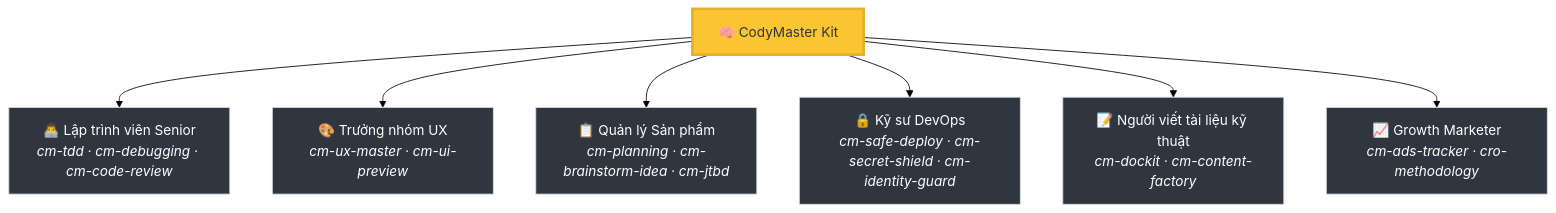
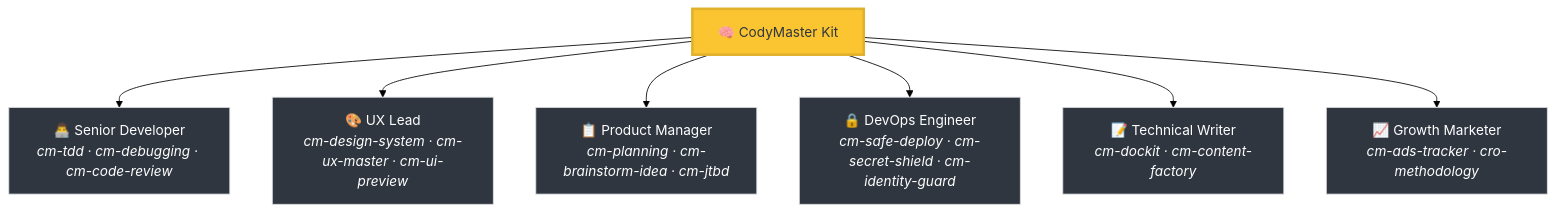
The first of 3 diagrams in README-vi.md (tody-agent/codymaster), drawn with Mermaid (forest theme) before and after one commit. The commit also changed other lines of this file and 57 other files, not shown here.

````diff
--- a/README-vi.md
+++ b/README-vi.md
@@ -56,12 +56,12 @@
 ```mermaid
 graph TD
-    A["🧠 CodyMaster Kit"] --> B["👨‍💻 Lập trình viên Senior<br/><i>cm-tdd · cm-debugging · cm-code-review</i>"]
-    A --> C["🎨 Trưởng nhóm UX<br/><i>cm-ux-master · cm-ui-preview</i>"]
-    A --> D["📋 Quản lý Sản phẩm<br/><i>cm-planning · cm-brainstorm-idea · cm-jtbd</i>"]
-    A --> E["🔒 Kỹ sư DevOps<br/><i>cm-safe-deploy · cm-secret-shield · cm-identity-guard</i>"]
-    A --> F["📝 Người viết tài liệu kỹ thuật<br/><i>cm-dockit · cm-content-factory</i>"]
+    A["🧠 CodyMaster Kit"] --> B["👨‍💻 Senior Developer<br/><i>cm-tdd · cm-debugging · cm-code-review</i>"]
+    A --> C["🎨 UX Lead<br/><i>cm-design-system · cm-ux-master · cm-ui-preview</i>"]
+    A --> D["📋 Product Manager<br/><i>cm-planning · cm-brainstorm-idea · cm-jtbd</i>"]
+    A --> E["🔒 DevOps Engineer<br/><i>cm-safe-deploy · cm-secret-shield · cm-identity-guard</i>"]
+    A --> F["📝 Technical Writer<br/><i>cm-dockit · cm-content-factory</i>"]
     A --> G["📈 Growth Marketer<br/><i>cm-ads-tracker · cro-methodology</i>"]
     style A fill:#fbc531,stroke:#e1b12c,color:#2f3640,stroke-width:3px
     classDef team fill:#2f3640,stroke:#dcdde1,stroke-width:1px,color:#fff;
     class B,C,D,E,F,G team;
 ```
````
